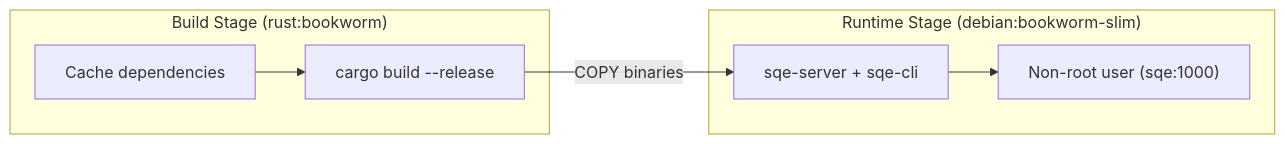
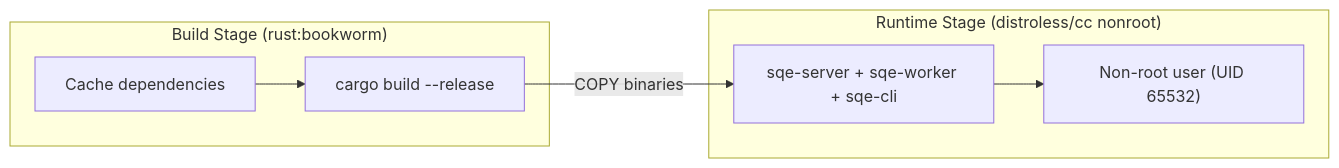
The diagram in docs/site/book/src/getting-started/building.md (schubergphilis/sqe), drawn with Mermaid before and after one commit. The commit also changed 23 other files, not shown here.

First line of the commit message:
fix(docker): ship SQE on distroless and gate container CVEs in aikido

````diff
--- a/docs/site/book/src/getting-started/building.md
+++ b/docs/site/book/src/getting-started/building.md
@@ -74,10 +74,10 @@
 ```mermaid
 graph LR
     subgraph "Build Stage (rust:bookworm)"
         DEPS["Cache dependencies"] --> BUILD["cargo build --release"]
     end
-    subgraph "Runtime Stage (debian:bookworm-slim)"
-        BIN["sqe-server + sqe-cli"] --> RUN["Non-root user (sqe:1000)"]
+    subgraph "Runtime Stage (distroless/cc nonroot)"
+        BIN["sqe-server + sqe-worker + sqe-cli"] --> RUN["Non-root user (UID 65532)"]
     end
     BUILD -->|COPY binaries| BIN
 ```
````
